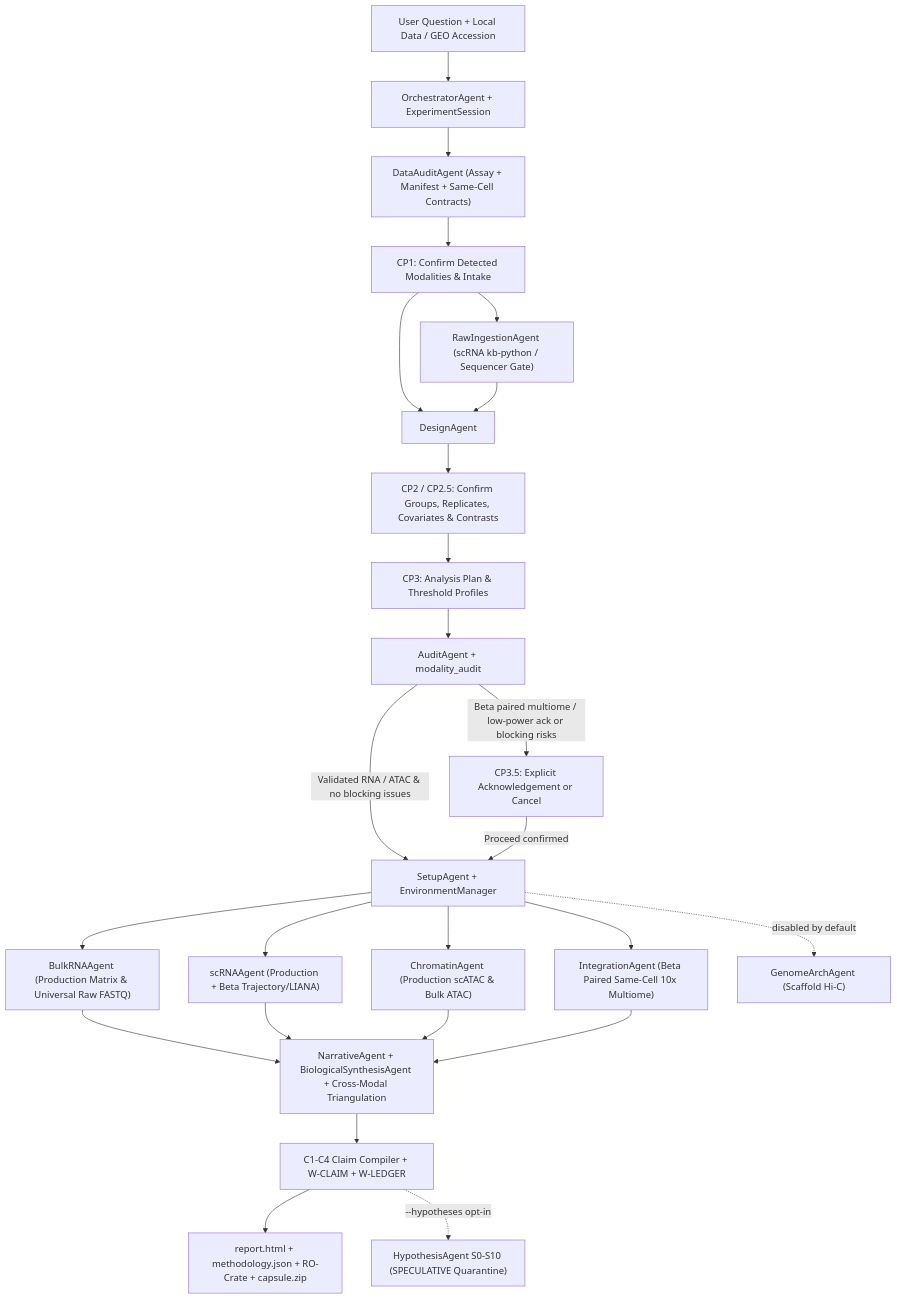
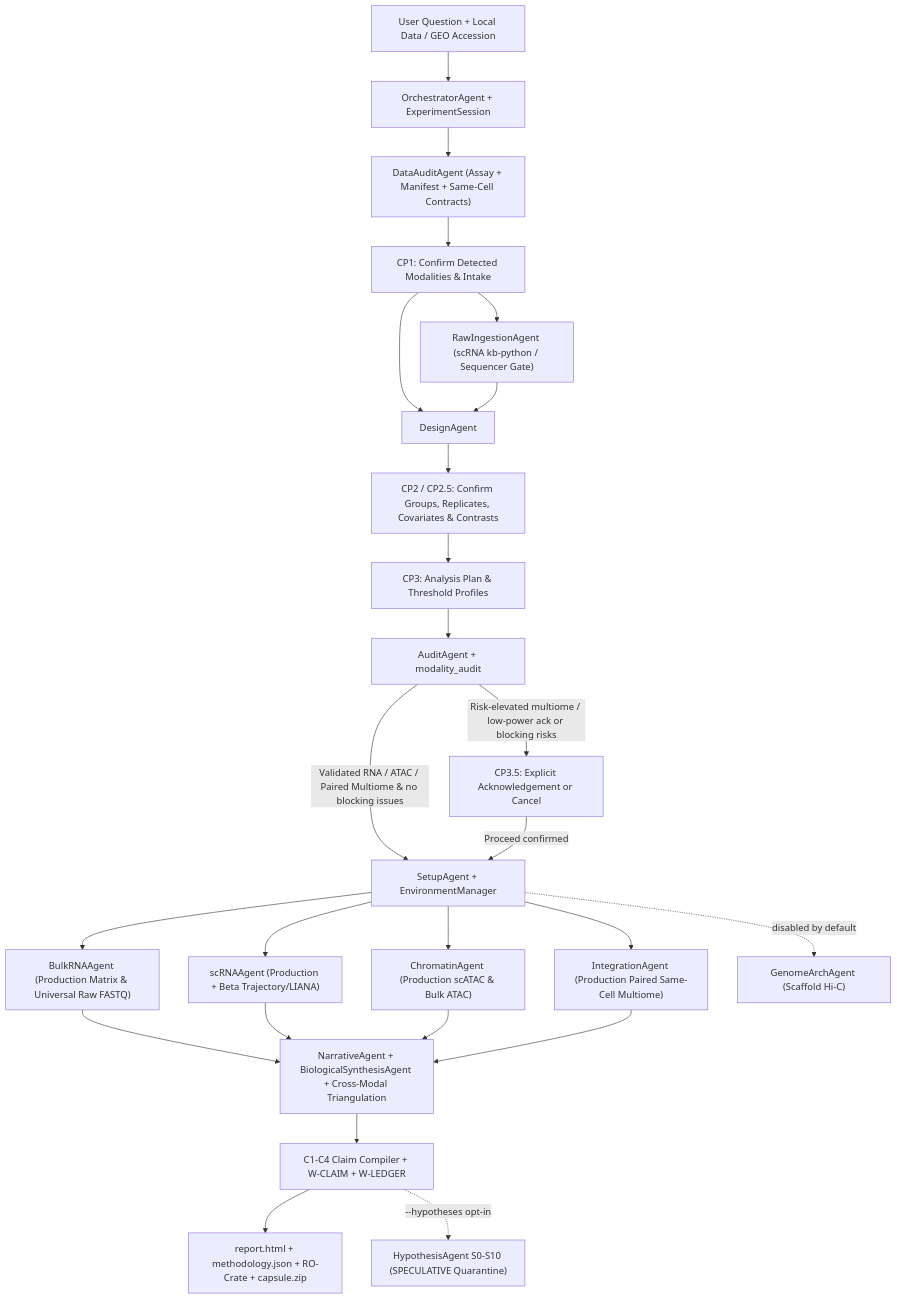
The diagram in docs/architecture/overview.md (Olascoaga/aria-omics), drawn with Mermaid before and after one commit. The commit also changed other lines of this file and 50 other files, not shown here.

````diff
--- a/docs/architecture/overview.md
+++ b/docs/architecture/overview.md
@@ -16,27 +16,27 @@
 ```mermaid
 flowchart TD
     U["User Question + Local Data / GEO Accession"] --> O["OrchestratorAgent + ExperimentSession"]
     O --> DA["DataAuditAgent (Assay + Manifest + Same-Cell Contracts)"]
     DA --> CP1["CP1: Confirm Detected Modalities & Intake"]
     CP1 --> RAW["RawIngestionAgent (scRNA kb-python / Sequencer Gate)"]
     CP1 --> D["DesignAgent"]
     RAW --> D
     D --> CP2["CP2 / CP2.5: Confirm Groups, Replicates, Covariates & Contrasts"]
     CP2 --> CP3["CP3: Analysis Plan & Threshold Profiles"]
     CP3 --> A["AuditAgent + modality_audit"]
-    A -->|Beta paired multiome / low-power ack or blocking risks| CP35["CP3.5: Explicit Acknowledgement or Cancel"]
-    A -->|Validated RNA / ATAC & no blocking issues| SETUP["SetupAgent + EnvironmentManager"]
+    A -->|Risk-elevated multiome / low-power ack or blocking risks| CP35["CP3.5: Explicit Acknowledgement or Cancel"]
+    A -->|Validated RNA / ATAC / Paired Multiome & no blocking issues| SETUP["SetupAgent + EnvironmentManager"]
     CP35 -->|Proceed confirmed| SETUP
     SETUP --> B["BulkRNAAgent (Production Matrix & Universal Raw FASTQ)"]
     SETUP --> S["scRNAAgent (Production + Beta Trajectory/LIANA)"]
     SETUP --> C["ChromatinAgent (Production scATAC & Bulk ATAC)"]
-    SETUP --> INT["IntegrationAgent (Beta Paired Same-Cell 10x Multiome)"]
+    SETUP --> INT["IntegrationAgent (Production Paired Same-Cell Multiome)"]
     SETUP -. disabled by default .-> H["GenomeArchAgent (Scaffold Hi-C)"]
     B --> N["NarrativeAgent + BiologicalSynthesisAgent + Cross-Modal Triangulation"]
     S --> N
     C --> N
     INT --> N
     N --> COMP["C1-C4 Claim Compiler + W-CLAIM + W-LEDGER"]
     COMP --> R["report.html + methodology.json + RO-Crate + capsule.zip"]
     COMP -. "--hypotheses opt-in" .-> HYPO["HypothesisAgent S0-S10 (SPECULATIVE Quarantine)"]
 ```
````
